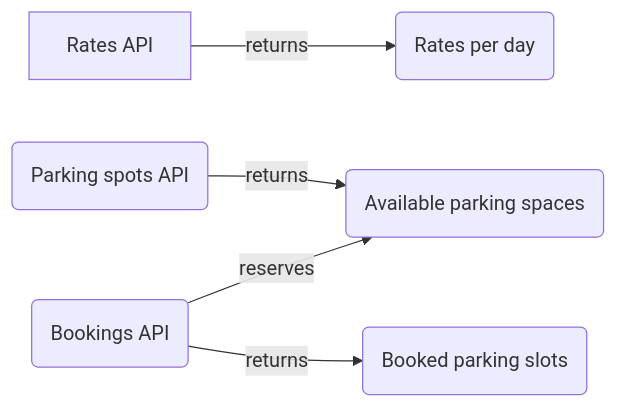
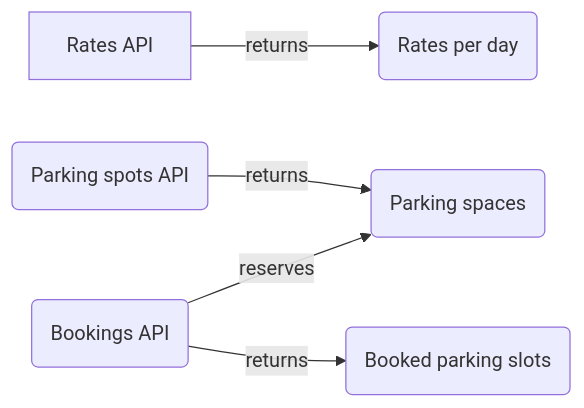
The diagram in README.md (alsyedz-examples/parking-system), drawn with Mermaid before and after one commit.

````diff
--- a/README.md
+++ b/README.md
@@ -3,7 +3,14 @@
 ```mermaid
 graph LR
-A[Rates API] -- returns --> B(Rates per day)
-C(Parking spots API) -- returns --> D(Parking spaces)
-E(Bookings API) -- returns --> F(Booked parking slots)
-E(Bookings API) -- reserves --> D(Available parking spaces)
+A[Rates API]
+B(Rates per day)
+C(Parking spots API)
+D(Parking spaces)
+E(Bookings API)
+F(Booked parking slots)
+
+A -- returns --> B
+C -- returns --> D
+E -- returns --> F
+E -- reserves --> D
 ```
````
